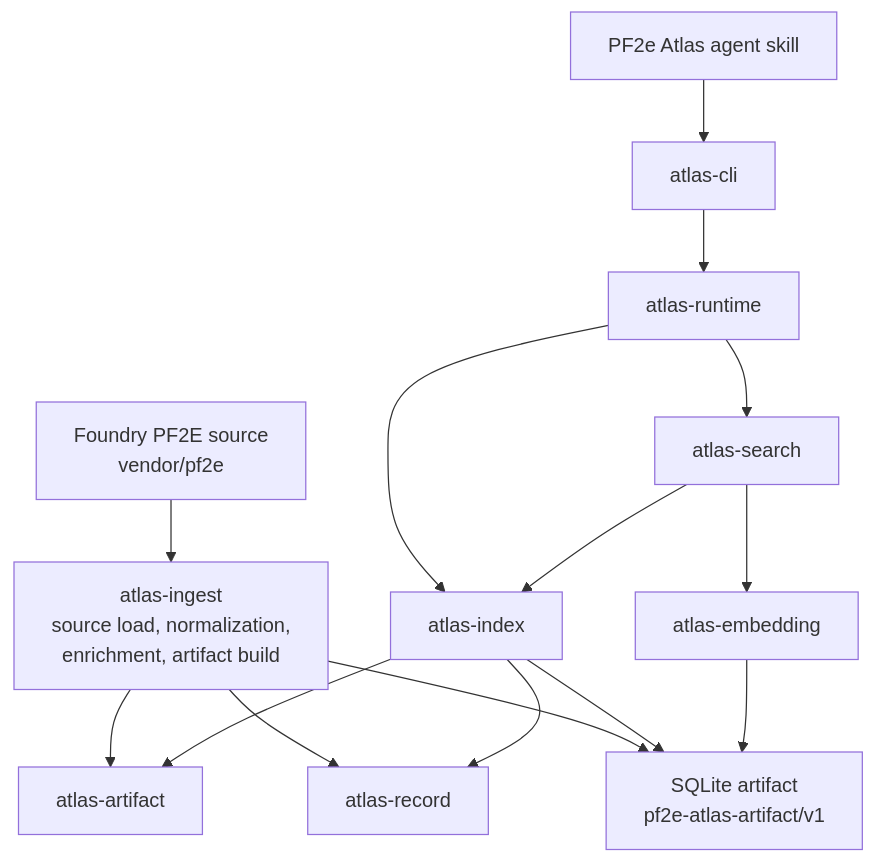
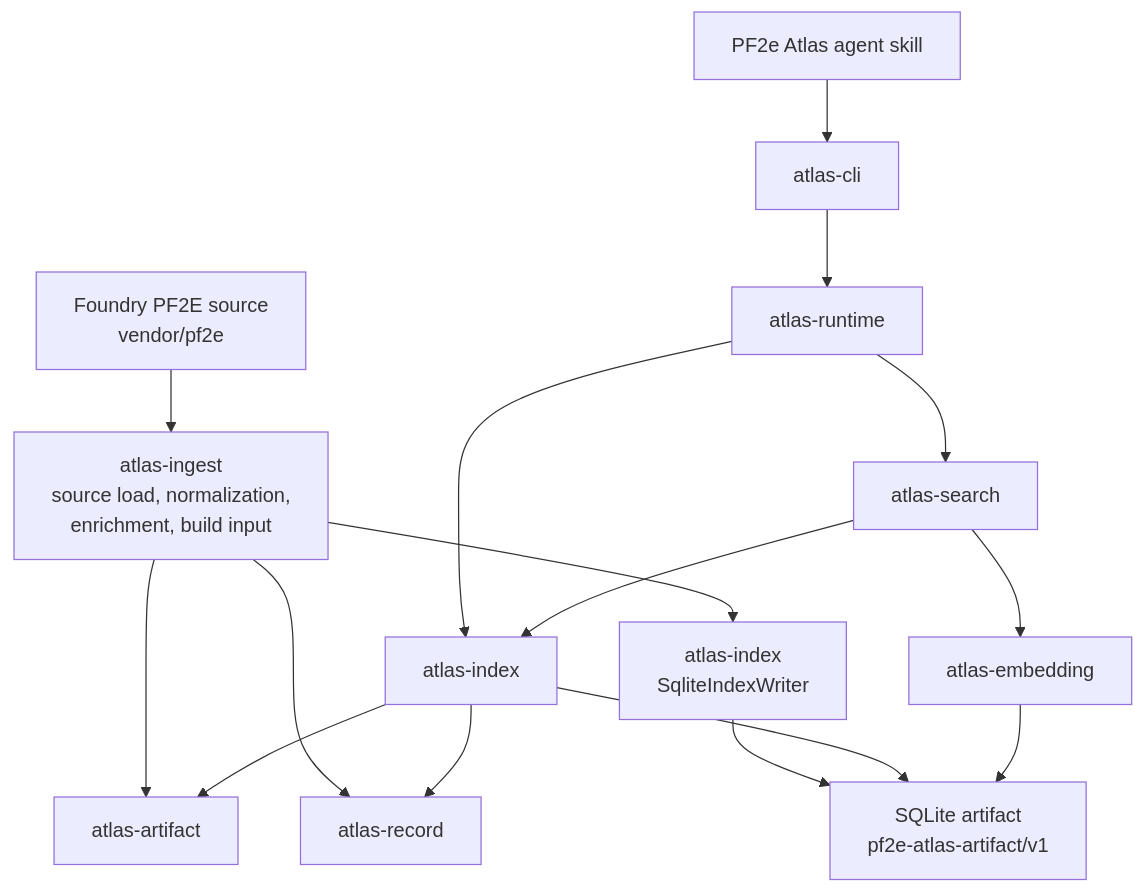
Before and after one commit to e-kosten/pf2e-atlas: the diagram in docs/architecture/overview.md, drawn with Mermaid. The commit also changed other lines of this file and 58 other files, not shown here.

Commit message:
feat: integrate sqlite retrieval graph surfaces

````diff
--- a/docs/architecture/overview.md
+++ b/docs/architecture/overview.md
@@ -29,18 +29,19 @@
 ```mermaid
 flowchart TD
-    pf2e["Foundry PF2E source<br/>vendor/pf2e"] --> ingest["atlas-ingest<br/>source load, normalization,<br/>enrichment, artifact build"]
-    ingest --> artifactDb["SQLite artifact<br/>pf2e-atlas-artifact/v1"]
+    pf2e["Foundry PF2E source<br/>vendor/pf2e"] --> ingest["atlas-ingest<br/>source load, normalization,<br/>enrichment, build input"]
+    ingest --> indexWriter["atlas-index<br/>SqliteIndexWriter"]
+    indexWriter --> artifactDb["SQLite artifact<br/>pf2e-atlas-artifact/v1"]
 
     skill["PF2e Atlas agent skill"] --> cli["atlas-cli"]
     cli --> runtime["atlas-runtime"]
     runtime --> search["atlas-search"]
     runtime --> index["atlas-index"]
     search --> index
     search --> embedding["atlas-embedding"]
     index --> artifactDb
     embedding --> artifactDb
     ingest --> record["atlas-record"]
     ingest --> artifact["atlas-artifact"]
     index --> record
     index --> artifact
 ```
````
